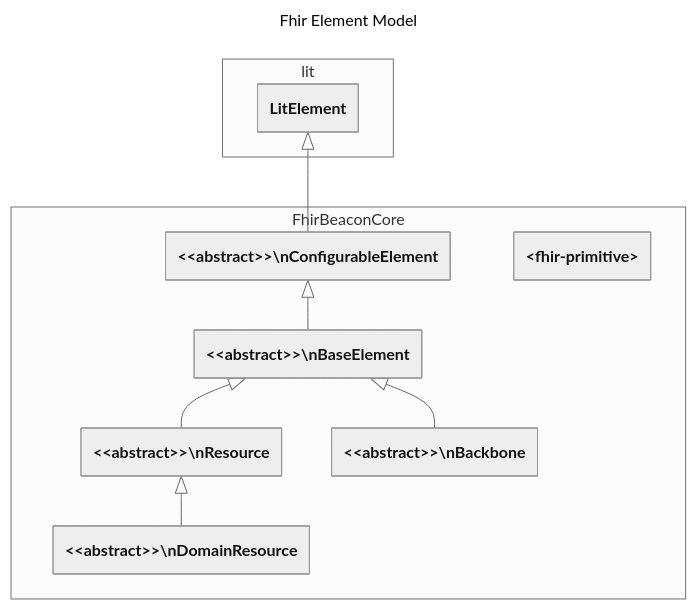
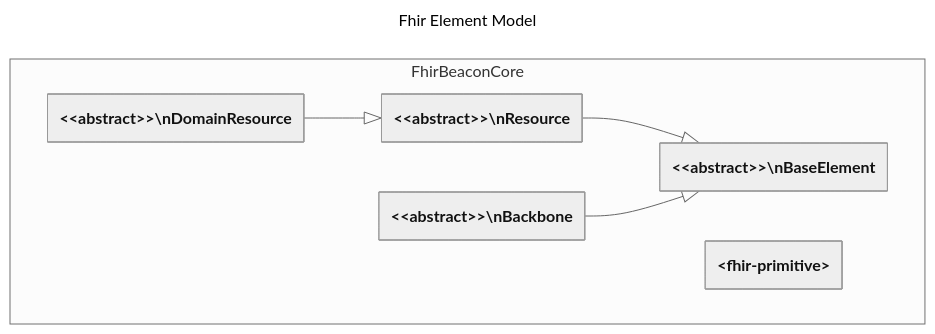
Before and after one commit to zenwork/fhir-beacon: the second of 5 diagrams in packages/library/docs/model.md, drawn with Mermaid. The commit also changed other lines of this file, not shown here.

````diff
--- a/packages/library/docs/model.md
+++ b/packages/library/docs/model.md
@@ -53,32 +52,26 @@
 ```mermaid
 ---
 title: Fhir Element Model
 config:
   theme: neutral
   class:
     hideEmptyMembersBox: true
 ---
 classDiagram
-    direction BT
-
-    namespace lit {
-        class LitElement:::dep
-    }
+    direction TB
 
     namespace FhirBeaconCore {
-        class ConfigurableElement["&lt;&lt;abstract&gt;&gt;\nConfigurableElement"]:::base
         class BaseElement["&lt;&lt;abstract&gt;&gt;\nBaseElement"]:::base
         class Resource["&lt;&lt;abstract&gt;&gt;\nResource"]:::base
         class DomainResource["&lt;&lt;abstract&gt;&gt;\nDomainResource"]:::base
         class Backbone["&lt;&lt;abstract&gt;&gt;\nBackbone"]:::base
+
         class Primitive["&lt;fhir-primitive&gt;"]:::prim
     }
 
-    ConfigurableElement --|> LitElement
-    BaseElement --|> ConfigurableElement
     Resource --|> BaseElement
     DomainResource --|> Resource
     Backbone --|> BaseElement
 
 
 ```
````
